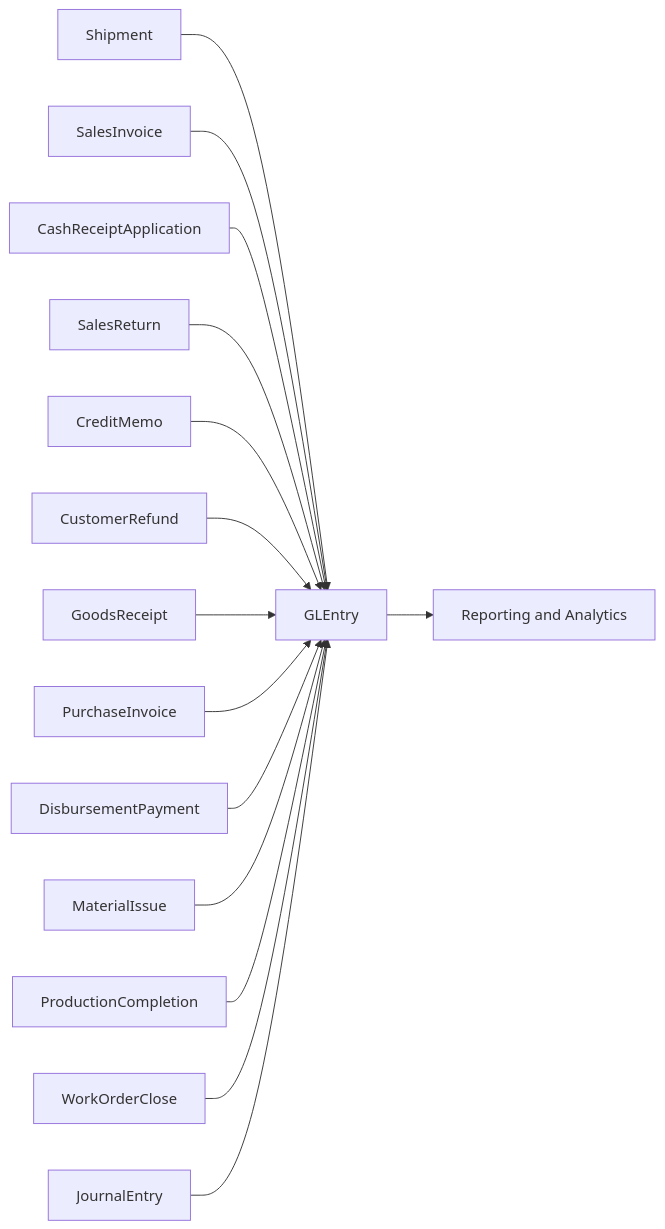
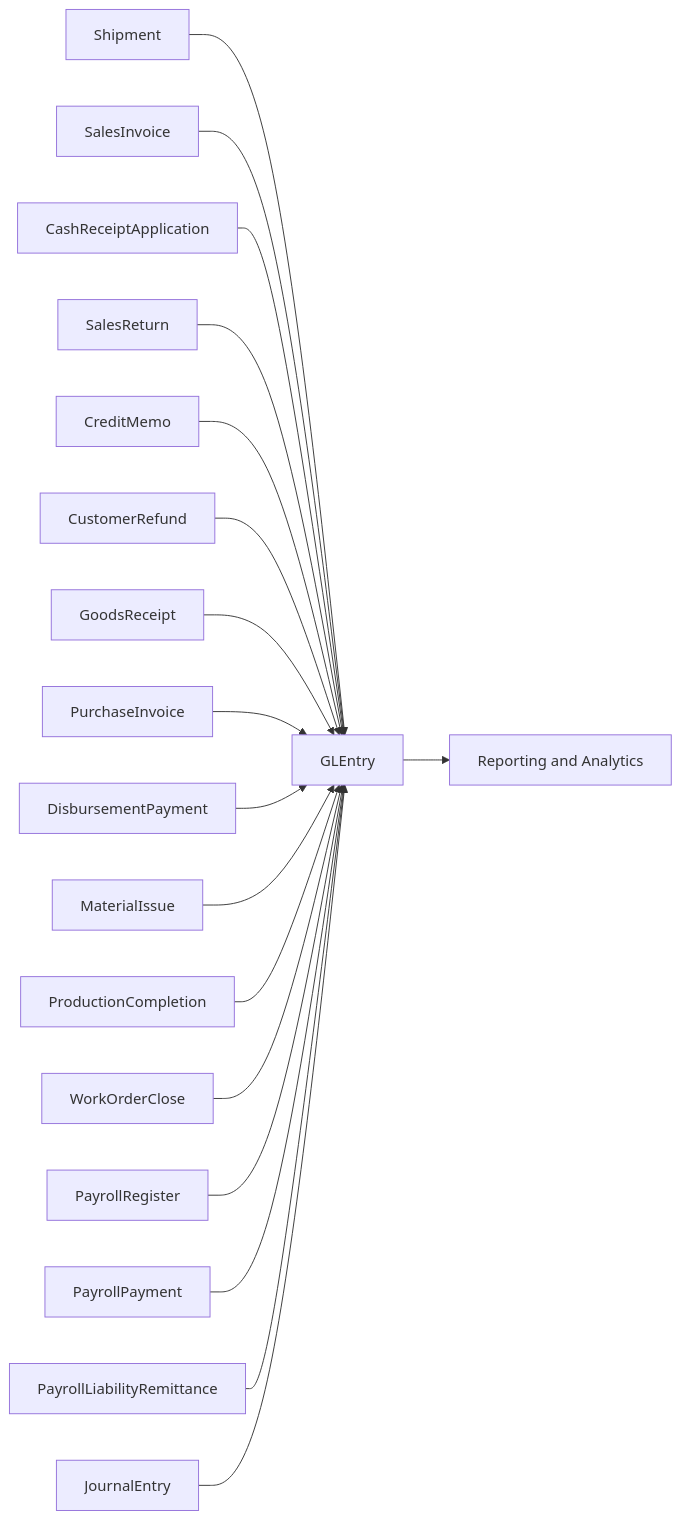
The second of 2 diagrams in docs/process-flows.md (mmcodesso/CharlesRiver_Database), drawn with Mermaid before and after one commit. The commit also changed other lines of this file and 44 other files, not shown here.

````diff
--- a/docs/process-flows.md
+++ b/docs/process-flows.md
@@ -61,33 +66,39 @@
 ```mermaid
 flowchart LR
     SH[Shipment]
     SI[SalesInvoice]
     CRA[CashReceiptApplication]
     SR[SalesReturn]
     CM[CreditMemo]
     RF[CustomerRefund]
     GR[GoodsReceipt]
     PI[PurchaseInvoice]
     DP[DisbursementPayment]
     MI[MaterialIssue]
     PC[ProductionCompletion]
     WC[WorkOrderClose]
+    PR[PayrollRegister]
+    PP[PayrollPayment]
+    RM[PayrollLiabilityRemittance]
     JE[JournalEntry]
     GL[GLEntry]
     R[Reporting and Analytics]
 
     SH --> GL
     SI --> GL
     CRA --> GL
     SR --> GL
     CM --> GL
     RF --> GL
     GR --> GL
     PI --> GL
     DP --> GL
     MI --> GL
     PC --> GL
     WC --> GL
+    PR --> GL
+    PP --> GL
+    RM --> GL
     JE --> GL
     GL --> R
 ```
````
